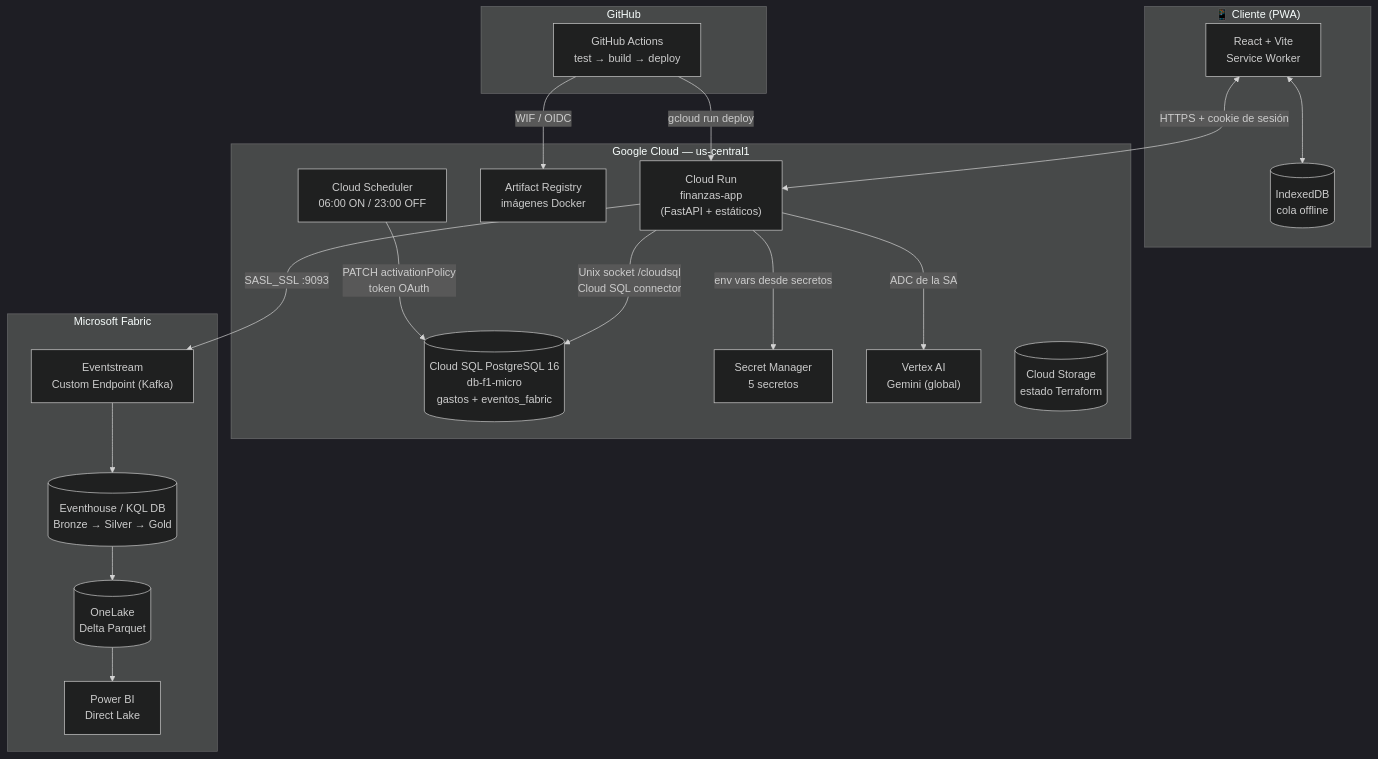
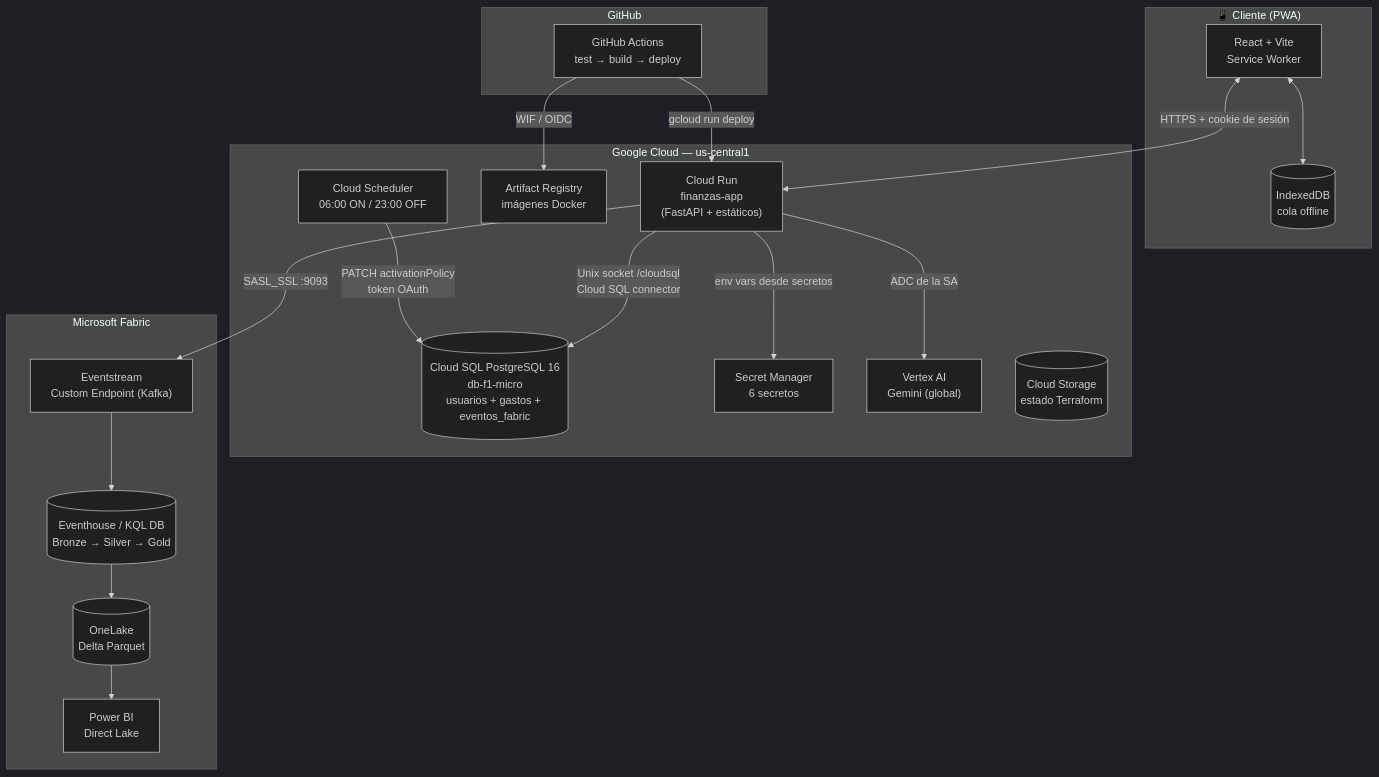
Before and after one commit to orlandohf/gcp-fabric-finanzas: the first of 7 diagrams in docs/ARQUITECTURA.md, drawn with Mermaid (dark theme). The commit also changed other lines of this file and 8 other files, not shown here.

First line of the commit message:
Docs: seguridad, multiusuario, conexión a Cloud SQL vs SSMS y laboratorios para ACE, PDE y DP-700

````diff
--- a/docs/ARQUITECTURA.md
+++ b/docs/ARQUITECTURA.md
@@ -73,39 +74,39 @@
 ```mermaid
 flowchart TB
   subgraph Cliente["📱 Cliente (PWA)"]
     UI["React + Vite<br/>Service Worker"]
     IDB[("IndexedDB<br/>cola offline")]
   end
 
   subgraph GCP["Google Cloud — us-central1"]
     CR["Cloud Run<br/>finanzas-app<br/>(FastAPI + estáticos)"]
-    SQL[("Cloud SQL PostgreSQL 16<br/>db-f1-micro<br/>gastos + eventos_fabric")]
-    SM["Secret Manager<br/>5 secretos"]
+    SQL[("Cloud SQL PostgreSQL 16<br/>db-f1-micro<br/>usuarios + gastos + eventos_fabric")]
+    SM["Secret Manager<br/>6 secretos"]
     AR["Artifact Registry<br/>imágenes Docker"]
     SCH["Cloud Scheduler<br/>06:00 ON / 23:00 OFF"]
     VX["Vertex AI<br/>Gemini (global)"]
     GCS[("Cloud Storage<br/>estado Terraform")]
   end
 
   subgraph MS["Microsoft Fabric"]
     ES["Eventstream<br/>Custom Endpoint (Kafka)"]
     EH[("Eventhouse / KQL DB<br/>Bronze → Silver → Gold")]
     OL[("OneLake<br/>Delta Parquet")]
     PBI["Power BI<br/>Direct Lake"]
   end
 
   subgraph GH["GitHub"]
     GA["GitHub Actions<br/>test → build → deploy"]
   end
 
   UI <-->|HTTPS + cookie de sesión| CR
   UI <--> IDB
   CR -->|Unix socket /cloudsql<br/>Cloud SQL connector| SQL
   CR -->|env vars desde secretos| SM
   CR -->|ADC de la SA| VX
   CR -->|SASL_SSL :9093| ES
   ES --> EH --> OL --> PBI
   SCH -->|PATCH activationPolicy<br/>token OAuth| SQL
   GA -->|WIF / OIDC| AR
   GA -->|gcloud run deploy| CR
 ```
````
